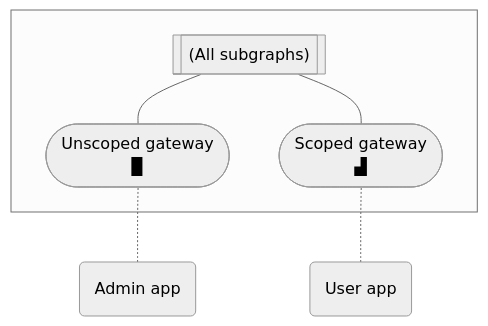
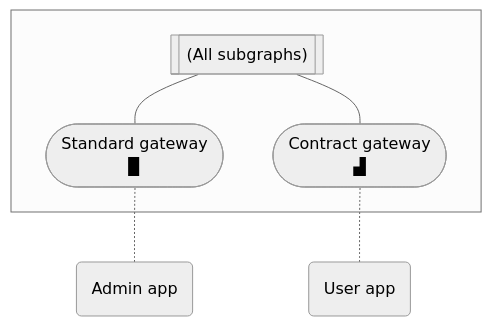
The second of 2 diagrams in studio-docs/source/contracts.mdx (apollographql/apollo), drawn with Mermaid (neutral theme) before and after one commit. The commit also changed other lines of this file and 1 other file, not shown here.

````diff
--- a/studio-docs/source/contracts.mdx
+++ b/studio-docs/source/contracts.mdx
@@ -30,14 +30,14 @@
 ```mermaid
 graph BT;
   adminapp(Admin app);
   userapp(User app);
   subgraph " ";
-    scopedgateway(["Scoped gateway<br/>▟"]);
-    unscopedgateway(["Unscoped gateway<br/>▉"]);
+    standardgateway(["Standard gateway<br/>▉"]);
+    contractgateway(["Contract gateway<br/>▟"]);
     subgraphs[["(All subgraphs)"]];
   end;
-  adminapp -.- unscopedgateway;
-  userapp -.- scopedgateway;
-  unscopedgateway & scopedgateway  --- subgraphs;
+  userapp -.- contractgateway;
+  adminapp -.- standardgateway;
+  standardgateway & contractgateway --- subgraphs;
   class adminapp,userapp secondary;
 ```
````
